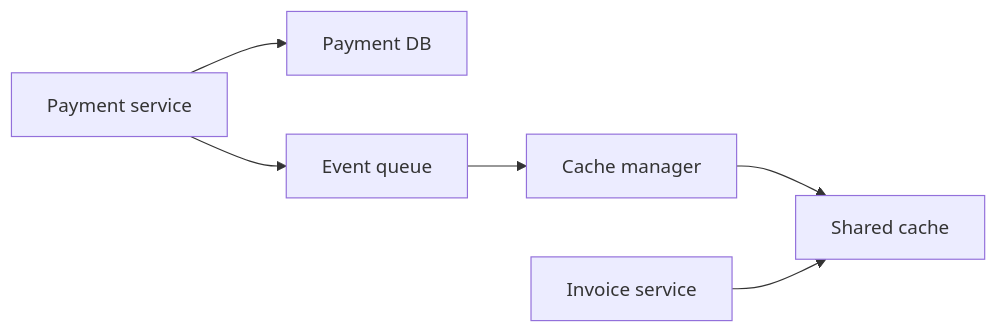
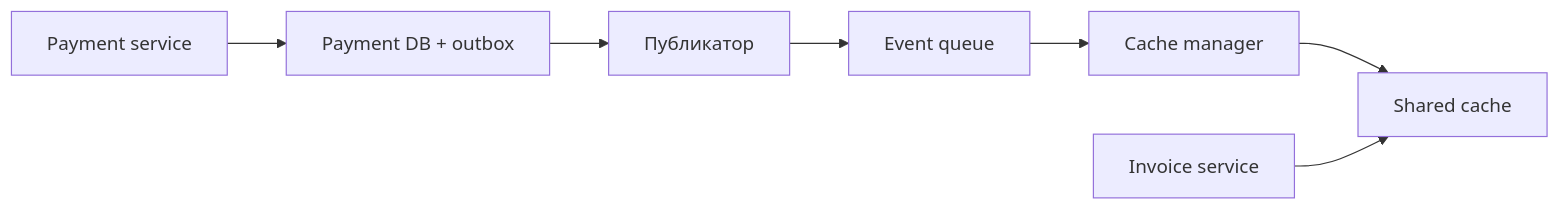
The tenth of 19 diagrams in content/lectures/Lec13/vitepress.md (Kert0n/KPO), drawn with Mermaid before and after one commit. The commit also changed other lines of this file, not shown here.

````diff
--- a/content/lectures/Lec13/vitepress.md
+++ b/content/lectures/Lec13/vitepress.md
@@ -1009,8 +1062,9 @@
 ```mermaid
 flowchart LR
-    Payment["Payment service"] --> PaymentDB["Payment DB"]
-    Payment --> Queue["Event queue"]
+    Payment["Payment service"] --> PaymentDB["Payment DB + outbox"]
+    PaymentDB --> Relay["Публикатор"]
+    Relay --> Queue["Event queue"]
     Queue --> Manager["Cache manager"]
     Manager --> Cache["Shared cache"]
     Invoice["Invoice service"] --> Cache
 ```
````
